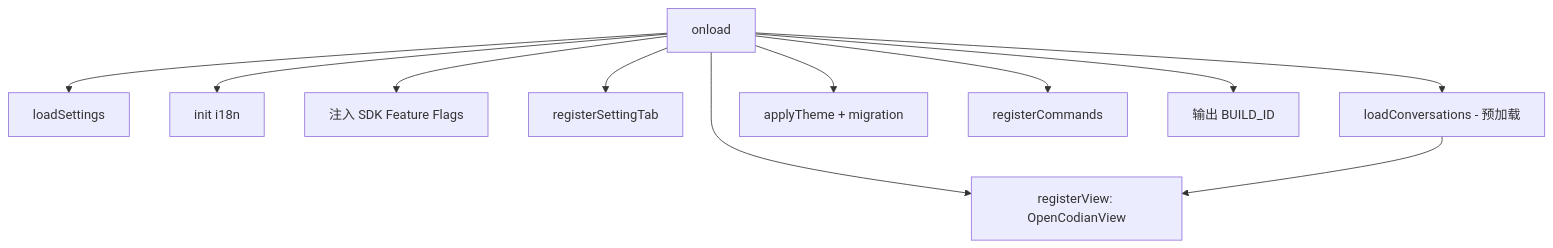
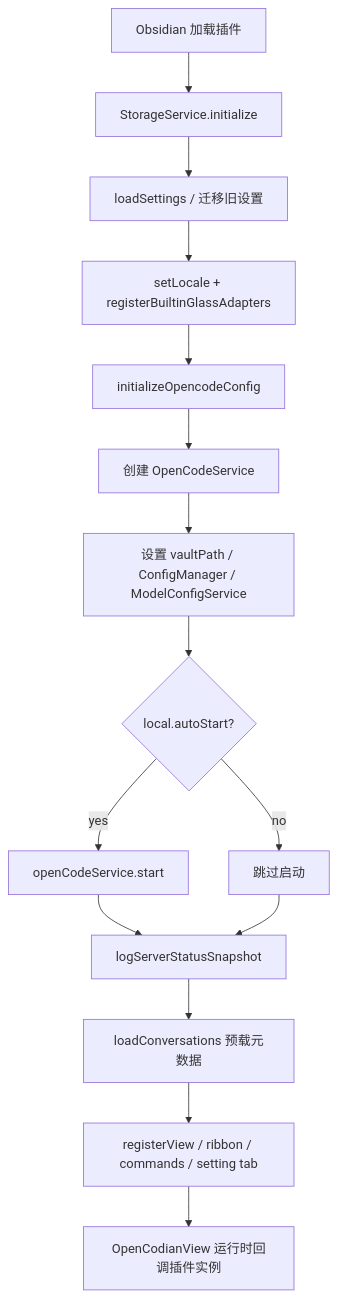
Before and after one commit to OCDcreator/opencodian: the diagram in docs/modules/entry-point/main.md, drawn with Mermaid. The commit also changed other lines of this file and 98 other files, not shown here.

````diff
--- a/docs/modules/entry-point/main.md
+++ b/docs/modules/entry-point/main.md
@@ -68,13 +164,17 @@
 ```mermaid
 graph TD
-    A[onload] --> B[loadSettings]
-    A --> C[init i18n]
-    A --> D[注入 SDK Feature Flags]
-    A --> E[registerView: OpenCodianView]
-    A --> F[registerSettingTab]
-    A --> G[loadConversations - 预加载]
-    A --> H[applyTheme + migration]
-    A --> I[registerCommands]
-    A --> J[输出 BUILD_ID]
-    G --> E
+    A[Obsidian 加载插件] --> B[StorageService.initialize]
+    B --> C[loadSettings / 迁移旧设置]
+    C --> D[setLocale + registerBuiltinGlassAdapters]
+    D --> E[initializeOpencodeConfig]
+    E --> F[创建 OpenCodeService]
+    F --> G[设置 vaultPath / ConfigManager / ModelConfigService]
+    G --> H{local.autoStart?}
+    H -->|yes| I[openCodeService.start]
+    H -->|no| J[跳过启动]
+    I --> K[logServerStatusSnapshot]
+    J --> K
+    K --> L[loadConversations 预载元数据]
+    L --> M[registerView / ribbon / commands / setting tab]
+    M --> N[OpenCodianView 运行时回调插件实例]
 ```
````
